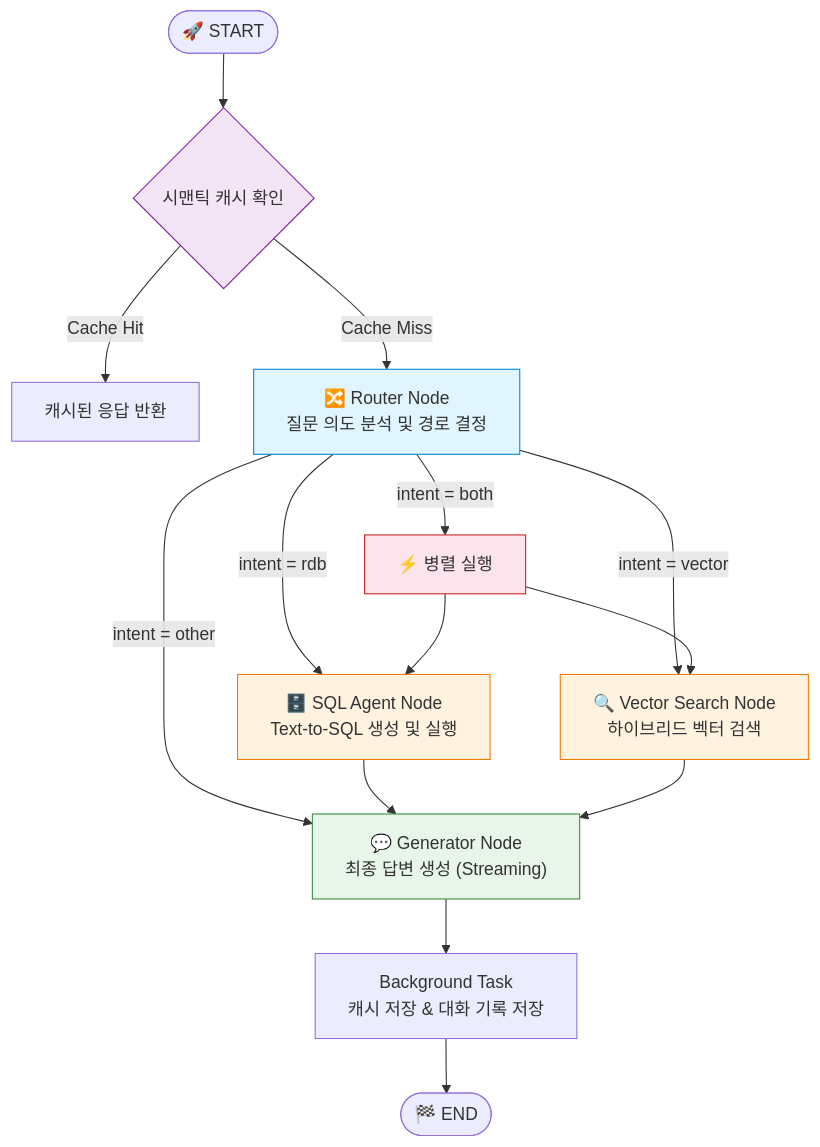
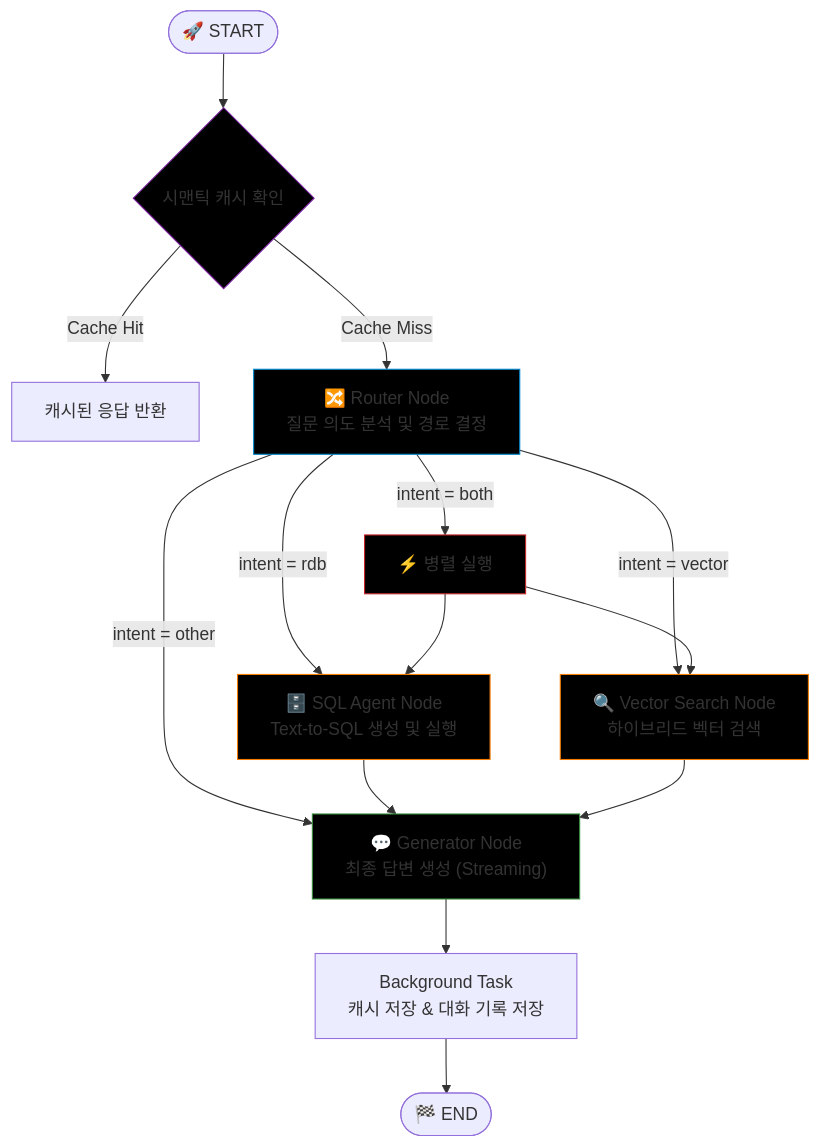
Before and after one commit to jaehyeon0420/deepnexus: the diagram in README.md, drawn with Mermaid. The commit also changed other lines of this file, not shown here.

````diff
--- a/README.md
+++ b/README.md
@@ -109,30 +109,30 @@
 ```mermaid
 graph TD
     START(["🚀 START"]) --> cache{"시맨틱 캐시 확인"}
     
     cache -->|Cache Hit| response["캐시된 응답 반환"]
     cache -->|Cache Miss| router
 
     router["🔀 Router Node<br/>질문 의도 분석 및 경로 결정"]
 
     router -->|"intent = rdb"| sql_agent["🗄️ SQL Agent Node<br/>Text-to-SQL 생성 및 실행"]
     router -->|"intent = vector"| vector_search["🔍 Vector Search Node<br/>하이브리드 벡터 검색"]
     router -->|"intent = both"| parallel["⚡ 병렬 실행"]
     router -->|"intent = other"| generator
 
     parallel --> sql_agent
     parallel --> vector_search
 
     sql_agent --> generator["💬 Generator Node<br/>최종 답변 생성 (Streaming)"]
     vector_search --> generator
 
     generator --> save["Background Task<br/>캐시 저장 & 대화 기록 저장"]
     save --> END(["🏁 END"])
 
-    style router fill:#e1f5fe,stroke:#0288d1
-    style sql_agent fill:#fff3e0,stroke:#f57c00
-    style vector_search fill:#fff3e0,stroke:#f57c00
-    style generator fill:#e8f5e9,stroke:#388e3c
-    style cache fill:#f3e5f5,stroke:#7b1fa2
-    style parallel fill:#fce4ec,stroke:#c62828
+    style router fill:#000000,stroke:#0288d1
+    style sql_agent fill:#000000,stroke:#f57c00
+    style vector_search fill:#000000,stroke:#f57c00
+    style generator fill:#000000,stroke:#388e3c
+    style cache fill:#000000,stroke:#7b1fa2
+    style parallel fill:#000000,stroke:#c62828
 ```
````
